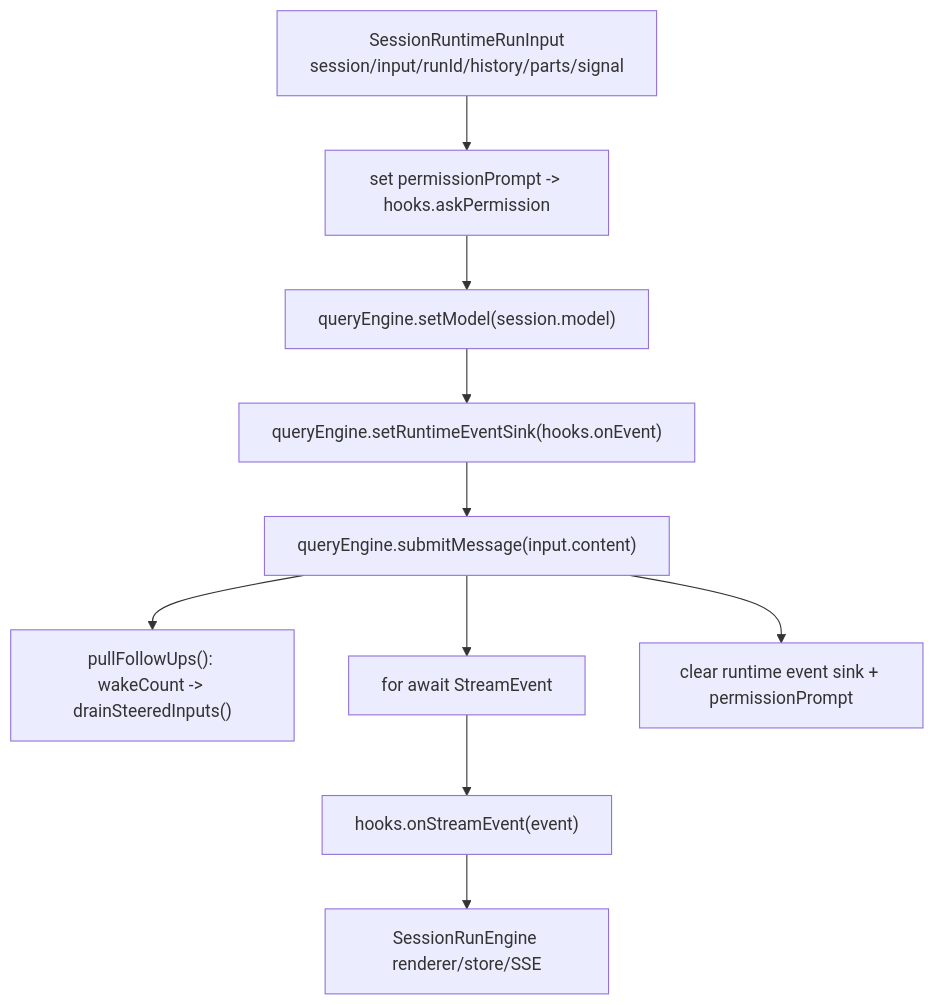
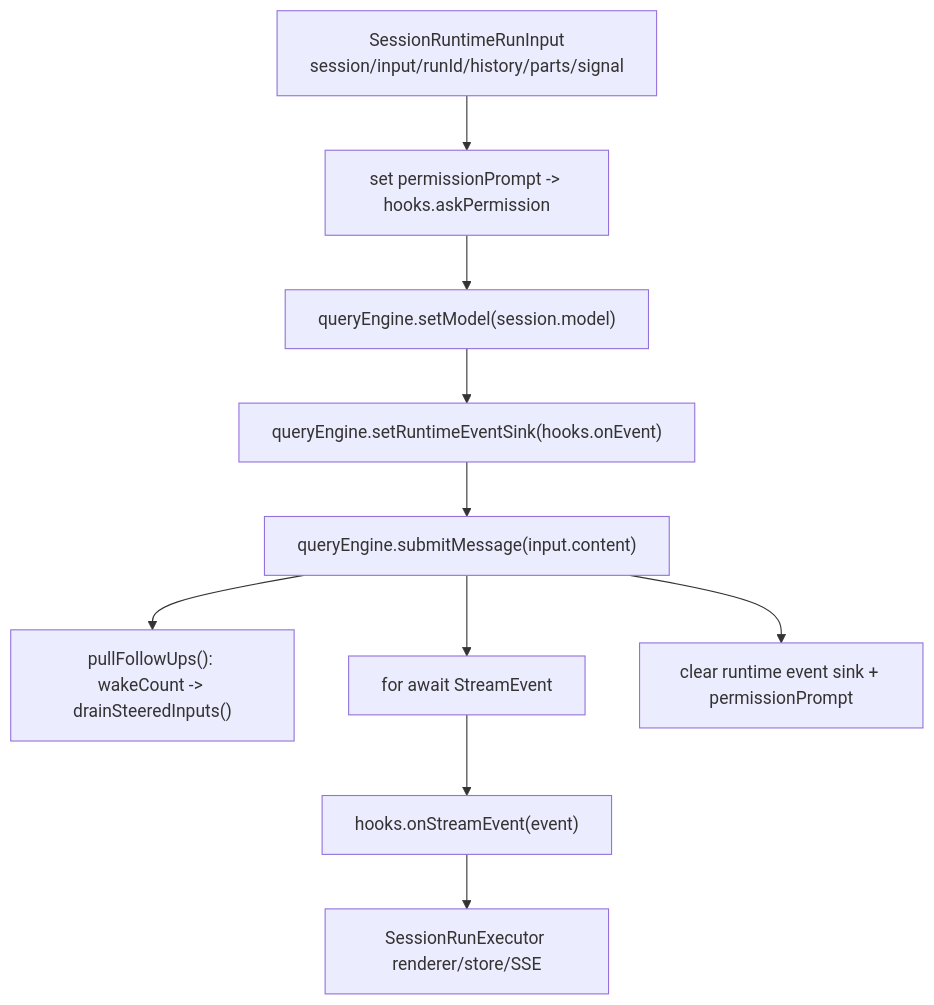
One commit to rzx007/openharness-ts changed the eighth of 16 diagrams in docs/daemon-runtime-flow-map.md. Above: the diagram before and after it, drawn with Mermaid. The commit also changed other lines of this file and 4 other files, not shown here.

Commit message:
docs: map daemon runtime flow

````diff
--- a/docs/daemon-runtime-flow-map.md
+++ b/docs/daemon-runtime-flow-map.md
@@ -260,12 +358,12 @@
 ```mermaid
 flowchart TD
   input["SessionRuntimeRunInput<br/>session/input/runId/history/parts/signal"] --> setPerm["set permissionPrompt -> hooks.askPermission"]
   setPerm --> model["queryEngine.setModel(session.model)"]
   model --> sink["queryEngine.setRuntimeEventSink(hooks.onEvent)"]
   sink --> submit["queryEngine.submitMessage(input.content)"]
   submit --> followups["pullFollowUps(): wakeCount -> drainSteeredInputs()"]
   submit --> stream["for await StreamEvent"]
   stream --> hooks["hooks.onStreamEvent(event)"]
-  hooks --> engine["SessionRunEngine renderer/store/SSE"]
+  hooks --> engine["SessionRunExecutor renderer/store/SSE"]
   submit --> finally["clear runtime event sink + permissionPrompt"]
 ```
````
